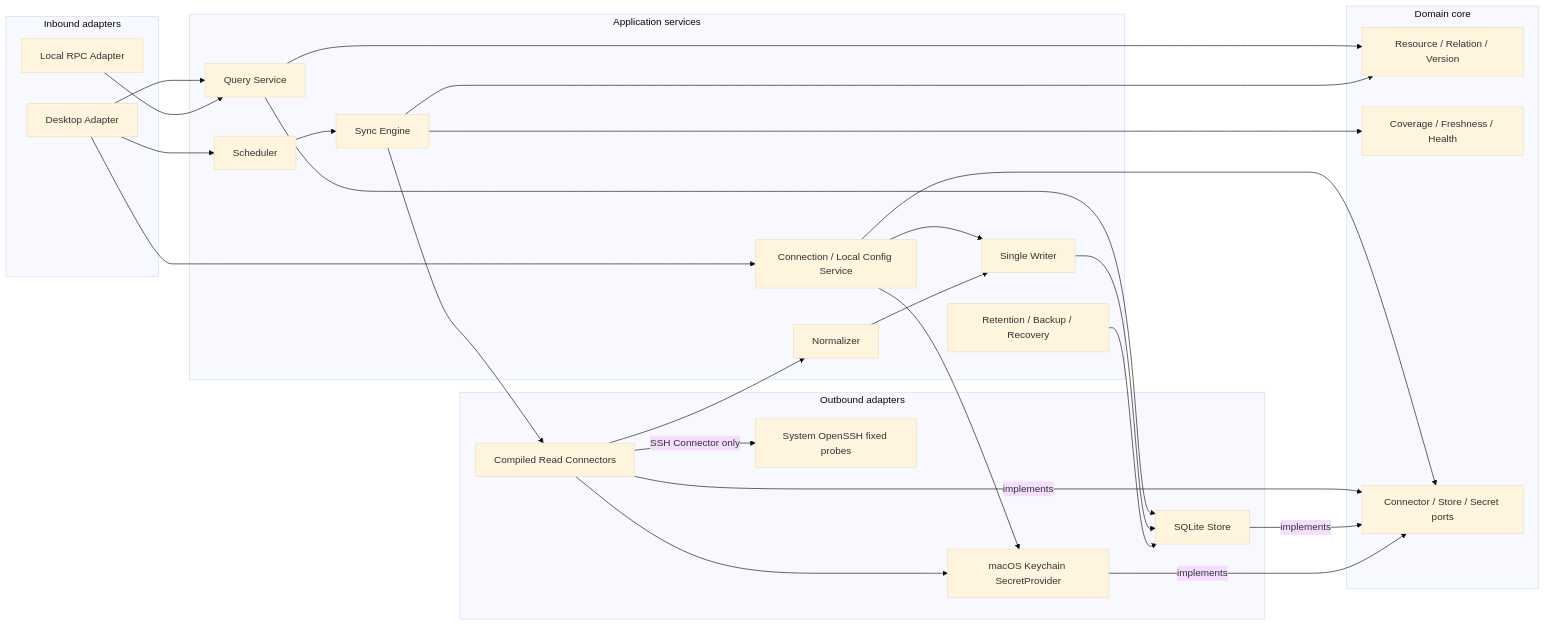
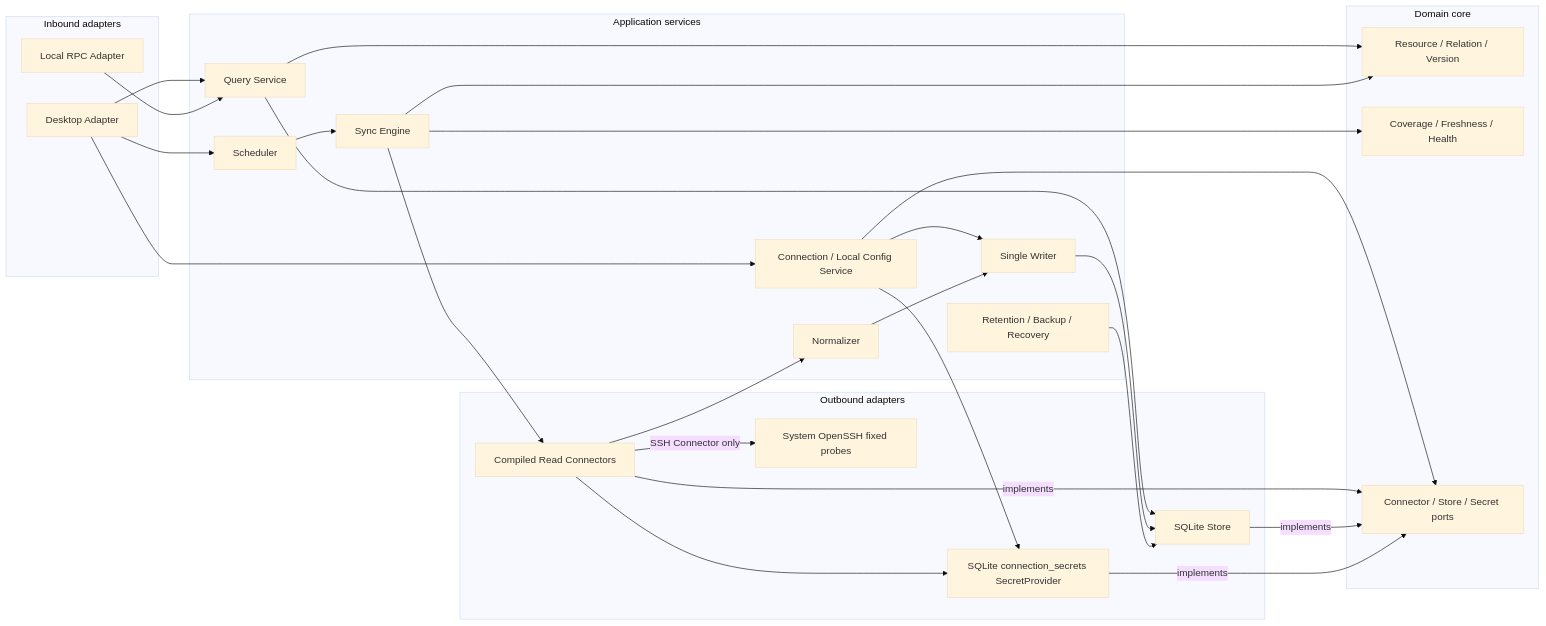
The third of 7 diagrams in docs/design/architecture-diagrams.md (sunny0826/next-infra), drawn with Mermaid (base theme) before and after one commit. The commit also changed other lines of this file and 24 other files, not shown here.

````diff
--- a/docs/design/architecture-diagrams.md
+++ b/docs/design/architecture-diagrams.md
@@ -126,55 +126,55 @@
 ```mermaid
 flowchart LR
     subgraph Inbound["Inbound adapters"]
         DesktopAdapter["Desktop Adapter"]
         LocalRPCAdapter["Local RPC Adapter"]
     end
 
     subgraph Application["Application services"]
         QueryService["Query Service"]
         ConnectionService["Connection / Local Config Service"]
         Scheduler["Scheduler"]
         SyncEngine["Sync Engine"]
         Normalizer["Normalizer"]
         Writer["Single Writer"]
         Maintenance["Retention / Backup / Recovery"]
     end
 
     subgraph Domain["Domain core"]
         ResourceModel["Resource / Relation / Version"]
         CoverageModel["Coverage / Freshness / Health"]
         Ports["Connector / Store / Secret ports"]
     end
 
     subgraph Outbound["Outbound adapters"]
         Connectors["Compiled Read Connectors"]
         Store["SQLite Store"]
-        Secrets["macOS Keychain SecretProvider"]
+        Secrets["SQLite connection_secrets SecretProvider"]
         OpenSSH["System OpenSSH fixed probes"]
     end
 
     DesktopAdapter --> QueryService
     DesktopAdapter --> ConnectionService
     DesktopAdapter --> Scheduler
     LocalRPCAdapter --> QueryService
 
     QueryService --> ResourceModel
     QueryService --> Store
     ConnectionService --> Ports
     ConnectionService --> Writer
     ConnectionService --> Secrets
     Scheduler --> SyncEngine
     SyncEngine --> ResourceModel
     SyncEngine --> CoverageModel
     SyncEngine --> Connectors
     Connectors --> Normalizer
     Normalizer --> Writer
     Writer --> Store
     Maintenance --> Store
 
     Connectors -->|"implements"| Ports
     Store -->|"implements"| Ports
     Secrets -->|"implements"| Ports
     Connectors --> Secrets
     Connectors -->|"SSH Connector only"| OpenSSH
 ```
````
